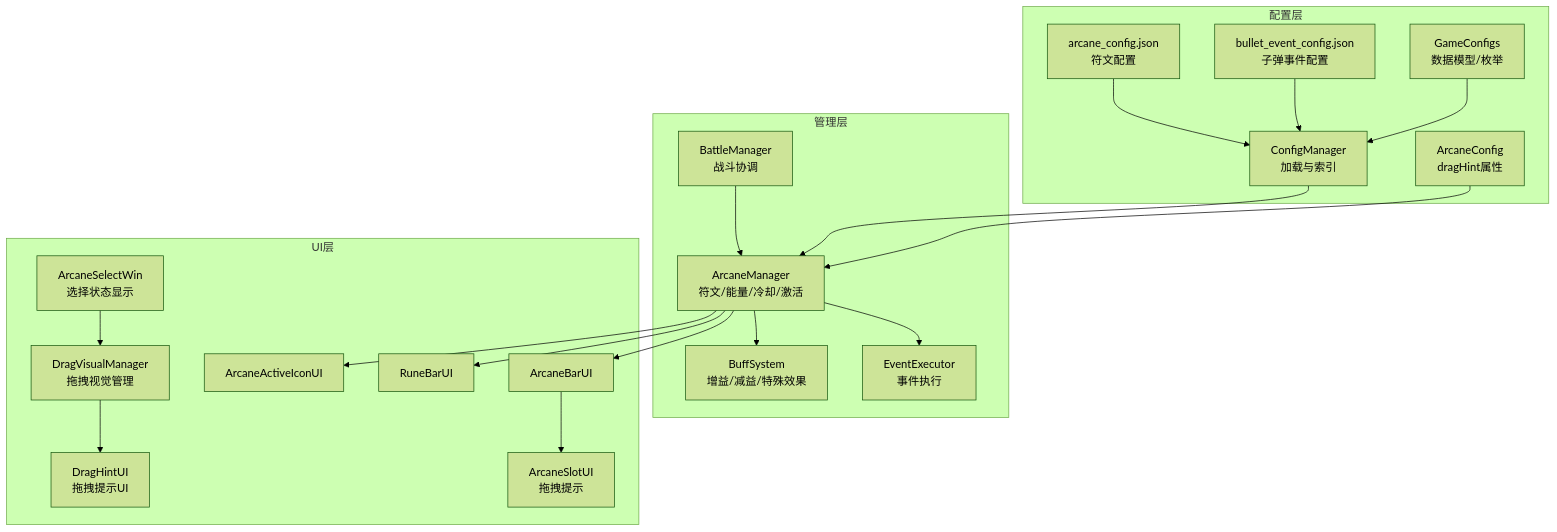
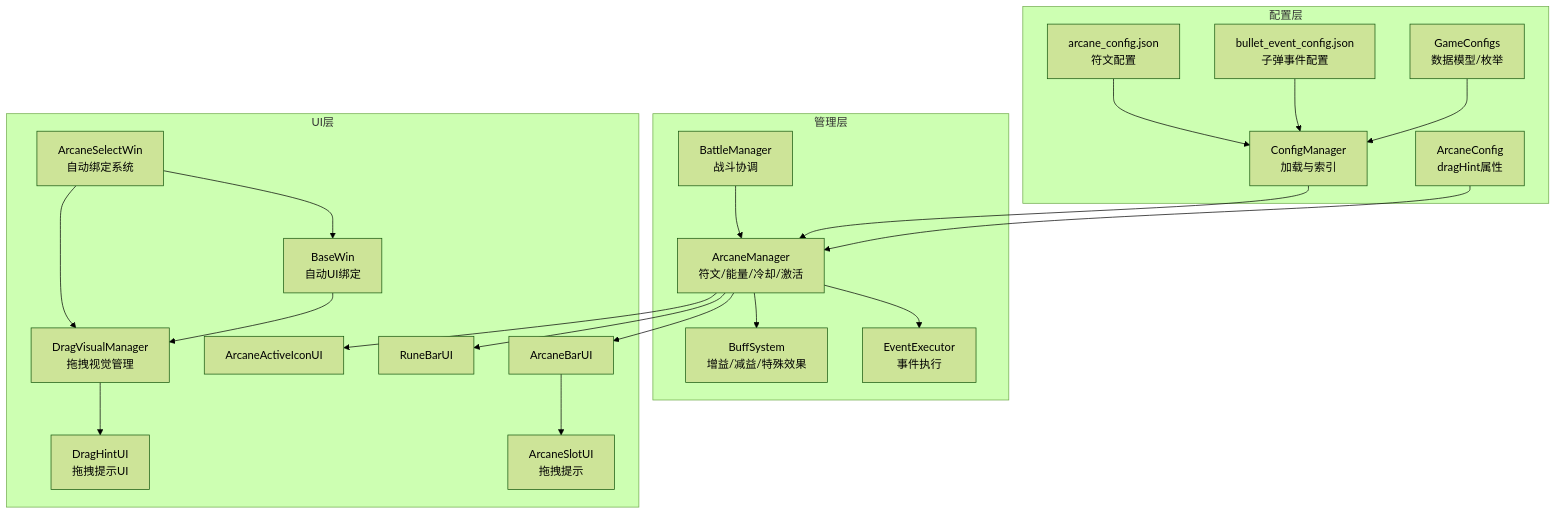
One commit to Tuusen/p1_client changed the first of 8 diagrams in .qoder/repowiki/zh/content/奥术系统/奥术系统.md. Above: the diagram before and after it, drawn with Mermaid (forest theme). The commit also changed other lines of this file and 6 other files, not shown here.

````diff
--- a/.qoder/repowiki/zh/content/奥术系统/奥术系统.md
+++ b/.qoder/repowiki/zh/content/奥术系统/奥术系统.md
@@ -46,39 +48,42 @@
 ```mermaid
 graph TB
 subgraph "配置层"
 CFG["ConfigManager<br/>加载与索引"]
 ARC_CFG["arcane_config.json<br/>符文配置"]
 BUL_CFG["bullet_event_config.json<br/>子弹事件配置"]
 GC["GameConfigs<br/>数据模型/枚举"]
 AC["ArcaneConfig<br/>dragHint属性"]
 end
 subgraph "管理层"
 AM["ArcaneManager<br/>符文/能量/冷却/激活"]
 BM["BattleManager<br/>战斗协调"]
 BE["EventExecutor<br/>事件执行"]
 BS["BuffSystem<br/>增益/减益/特殊效果"]
 end
 subgraph "UI层"
 ABAR["ArcaneBarUI"]
 ASLOT["ArcaneSlotUI<br/>拖拽提示"]
 RBAR["RuneBarUI"]
 AICON["ArcaneActiveIconUI"]
-ASEL["ArcaneSelectWin<br/>选择状态显示"]
+ASEL["ArcaneSelectWin<br/>自动绑定系统"]
+BASEWIN["BaseWin<br/>自动UI绑定"]
 DV["DragVisualManager<br/>拖拽视觉管理"]
 DH["DragHintUI<br/>拖拽提示UI"]
 end
 ARC_CFG --> CFG
 BUL_CFG --> CFG
 GC --> CFG
 AC --> AM
 CFG --> AM
 BM --> AM
 AM --> BE
 AM --> BS
 AM --> ABAR
 AM --> RBAR
 AM --> AICON
 ABAR --> ASLOT
+ASEL --> BASEWIN
 ASEL --> DV
+BASEWIN --> DV
 DV --> DH
 ```
````
